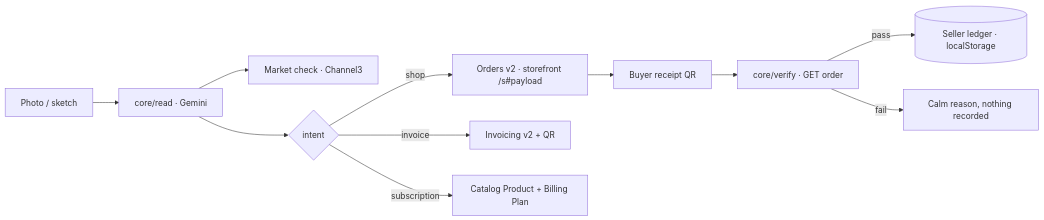
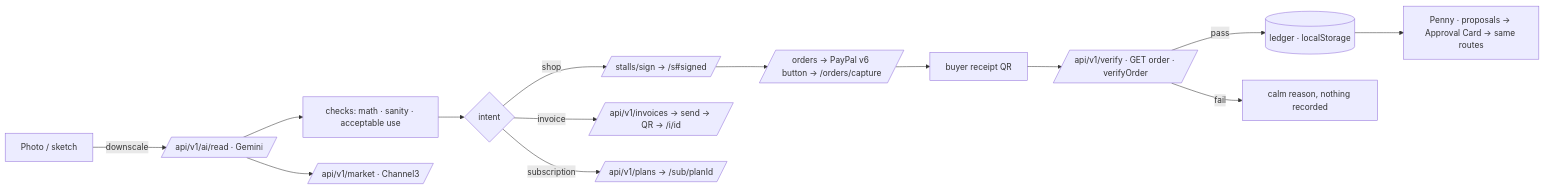
The diagram in docs/ARCHITECTURE.md (dhananjay-123/paperstall), drawn with Mermaid before and after one commit. The commit also changed other lines of this file and 7 other files, not shown here.

Commit message:
docs: bring all docs to the shipped state (PayPal, AI, security, architecture, ADRs)

````diff
--- a/docs/ARCHITECTURE.md
+++ b/docs/ARCHITECTURE.md
@@ -32,13 +30,16 @@
 ```mermaid
 flowchart LR
-  P[Photo / sketch] --> R[core/read · Gemini]
-  R --> M[Market check · Channel3]
-  R --> I{intent}
-  I -->|shop| S[Orders v2 · storefront /s#payload]
-  I -->|invoice| V[Invoicing v2 + QR]
-  I -->|subscription| B[Catalog Product + Billing Plan]
-  S --> Q[Buyer receipt QR]
-  Q --> F[core/verify · GET order]
-  F -->|pass| L[(Seller ledger · localStorage)]
-  F -->|fail| X[Calm reason, nothing recorded]
+  P[Photo / sketch] -->|downscale| R[/api/v1/ai/read · Gemini/]
+  R --> C[checks: math · sanity · acceptable use]
+  R --> M[/api/v1/market · Channel3/]
+  C --> I{intent}
+  I -->|shop| S[/stalls/sign → /s#signed/]
+  I -->|invoice| V[/api/v1/invoices → send → QR → /i/id/]
+  I -->|subscription| B[/api/v1/plans → /sub/planId/]
+  S --> O[/orders → PayPal v6 button → /orders/capture/]
+  O --> Q[buyer receipt QR]
+  Q --> F[/api/v1/verify · GET order · verifyOrder/]
+  F -->|pass| L[(ledger · localStorage)]
+  F -->|fail| X[calm reason, nothing recorded]
+  L --> N[Penny · proposals → Approval Card → same routes]
 ```
````
